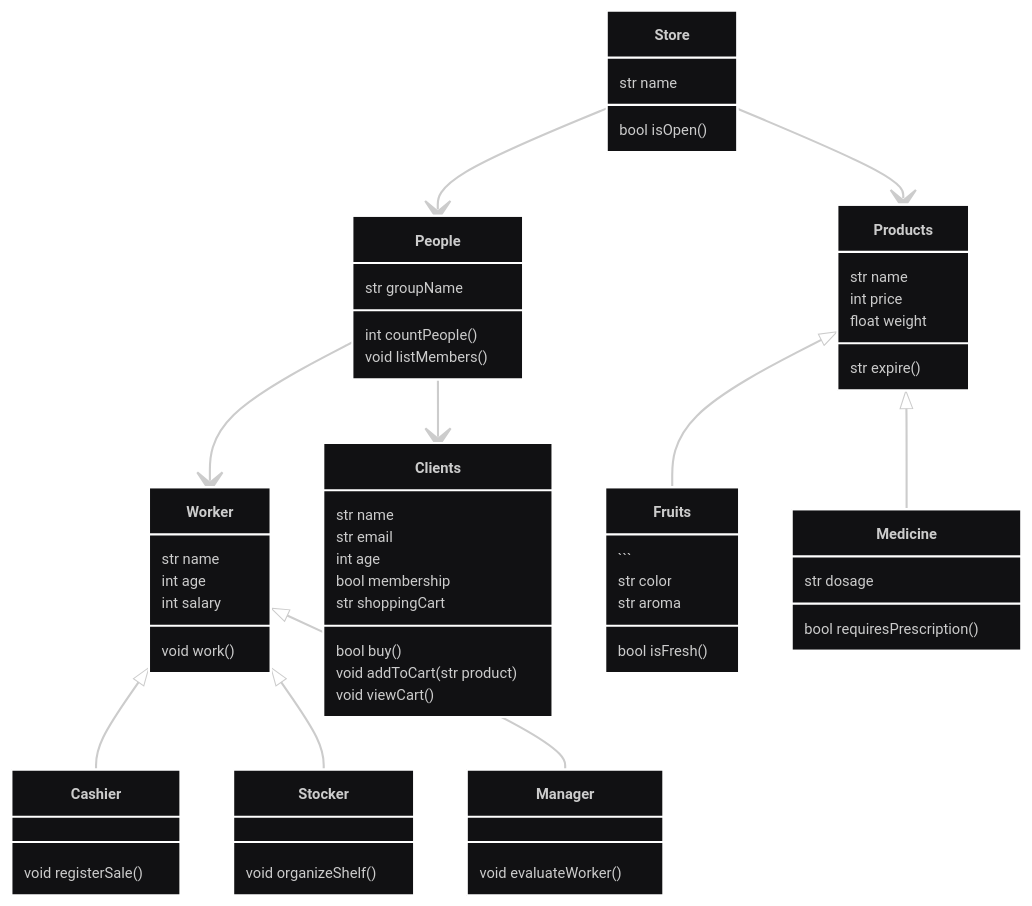
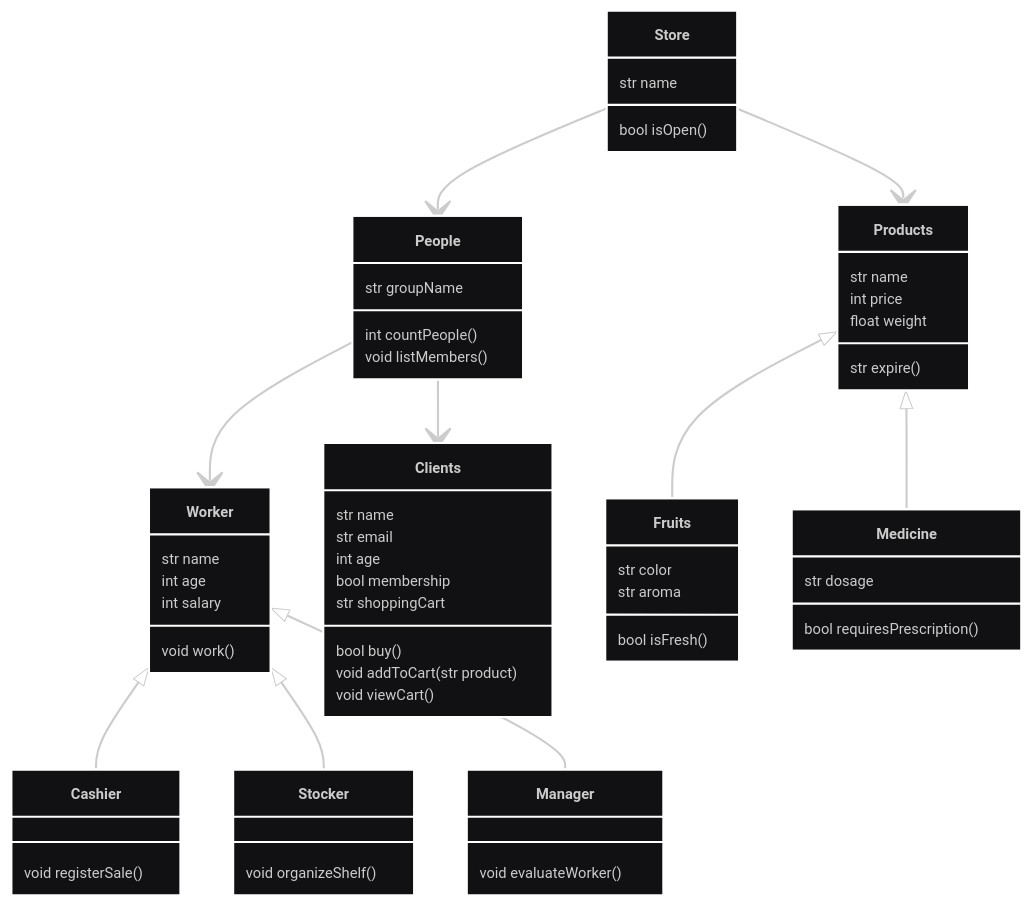
Before and after one commit to Miguel-Coder-24/Reto-2: the diagram in TiendaUML.mmd, drawn with Mermaid.

````diff
--- a/TiendaUML.mmd
+++ b/TiendaUML.mmd
@@ -1,74 +1,73 @@
 ---
 config:
   theme: redux-dark
 ---
 classDiagram
     Store --> Products
     Store --> People
     People --> Worker
     People --> Clients
     Worker <|-- Cashier
     Worker <|-- Stocker
     Worker <|-- Manager
     Products <|-- Fruits
     Products <|-- Medicine
 
     class Store {
         str name
         bool isOpen()
     }
 
     class Products {
         str name
         int price
         float weight
         str expire()
     }
 
     class Fruits {
-```
         str color
         str aroma
         bool isFresh()
     }
 
     class Medicine {
         str dosage
         bool requiresPrescription()
     }
 
     class People {
         str groupName
         int countPeople()
         void listMembers()
     }
 
     class Worker {
         str name
         int age
         int salary
         void work()
     }
 
     class Cashier {
         void registerSale()
     }
 
     class Stocker {
         void organizeShelf()
     }
 
     class Manager {
         void evaluateWorker()
     }
 
     class Clients {
         str name
         str email
         int age
         bool membership
         str shoppingCart
         bool buy()
         void addToCart(str product)
         void viewCart()
     }
````
